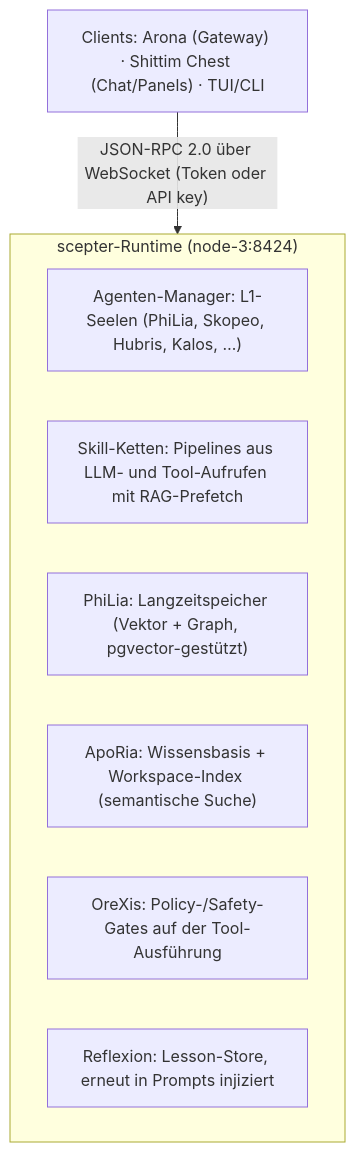
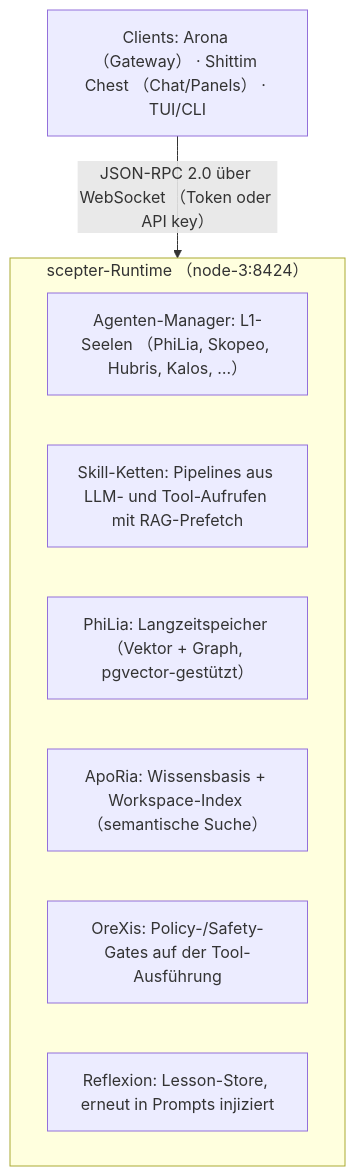
One commit to celestia-island/docs.celestia.world changed the diagram in docs/de/platforms/entelecheia.md. Above: the diagram before and after it, drawn with Mermaid. The commit also changed 35 other files, not shown here.

First line of the commit message:
📝 Convert ASCII parentheses in mermaid fences to fullwidth across languages. (#96)

````diff
--- a/docs/de/platforms/entelecheia.md
+++ b/docs/de/platforms/entelecheia.md
@@ -12,13 +12,13 @@
 ```mermaid
 flowchart TD
-    C["Clients: Arona (Gateway) · Shittim Chest (Chat/Panels) · TUI/CLI"]
-    subgraph G["scepter-Runtime (node-3:8424)"]
-        N0["Agenten-Manager: L1-Seelen (PhiLia, Skopeo, Hubris, Kalos, …)"]
+    C["Clients: Arona （Gateway） · Shittim Chest （Chat/Panels） · TUI/CLI"]
+    subgraph G["scepter-Runtime （node-3:8424）"]
+        N0["Agenten-Manager: L1-Seelen （PhiLia, Skopeo, Hubris, Kalos, …）"]
         N1["Skill-Ketten: Pipelines aus LLM- und Tool-Aufrufen mit RAG-Prefetch"]
-        N2["PhiLia: Langzeitspeicher (Vektor + Graph, pgvector-gestützt)"]
-        N3["ApoRia: Wissensbasis + Workspace-Index (semantische Suche)"]
+        N2["PhiLia: Langzeitspeicher （Vektor + Graph, pgvector-gestützt）"]
+        N3["ApoRia: Wissensbasis + Workspace-Index （semantische Suche）"]
         N4["OreXis: Policy-/Safety-Gates auf der Tool-Ausführung"]
         N5["Reflexion: Lesson-Store, erneut in Prompts injiziert"]
     end
-    C -->|"JSON-RPC 2.0 über WebSocket (Token oder API key)"| G
+    C -->|"JSON-RPC 2.0 über WebSocket （Token oder API key）"| G
 ```
````
